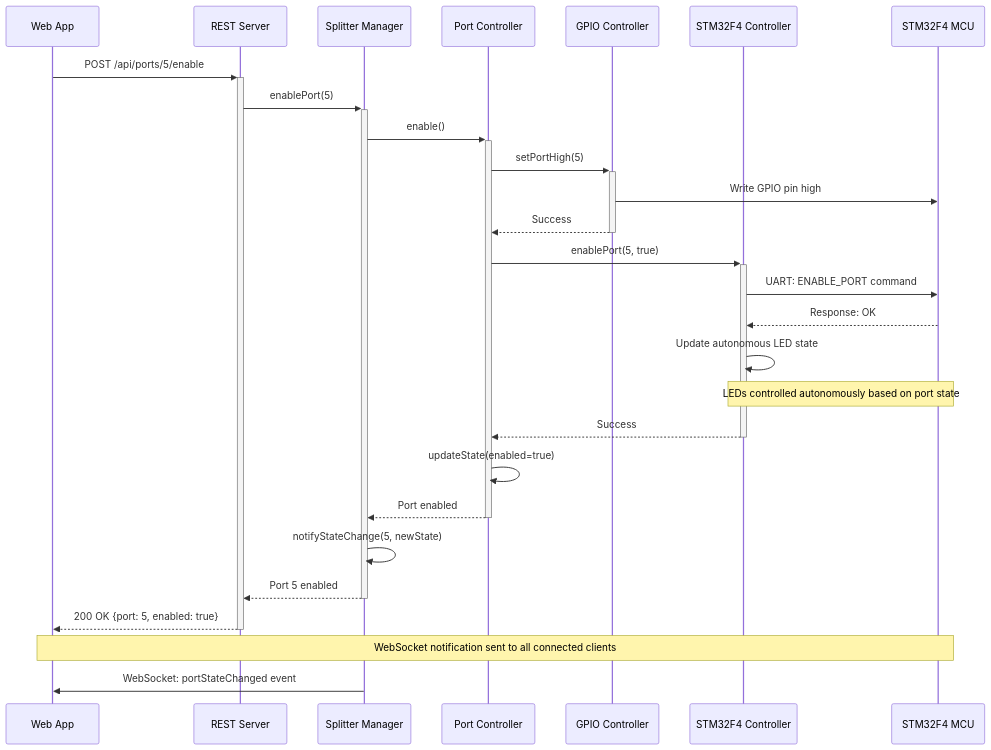
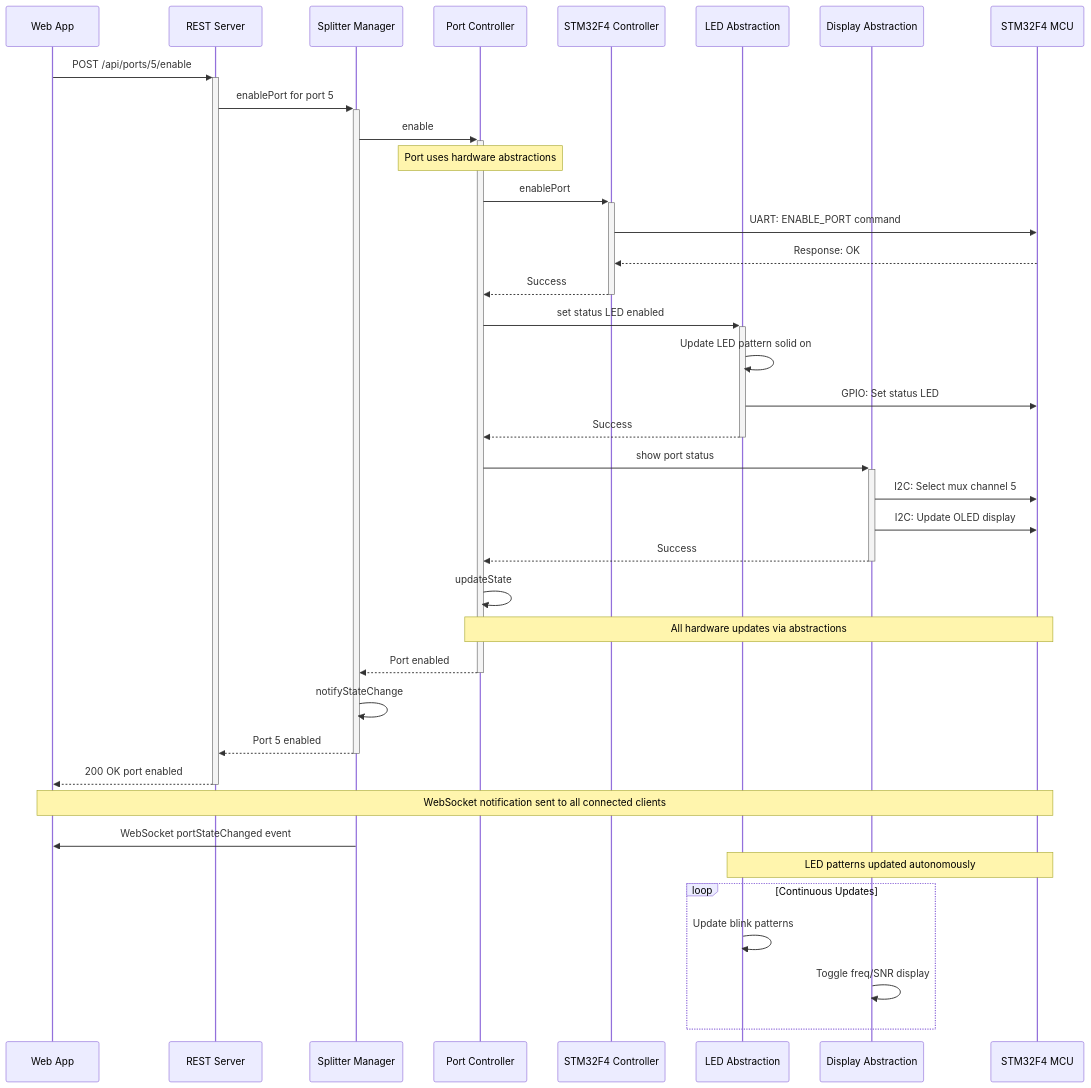
One commit to alandovskis/lband-splitter changed the fourth of 5 diagrams in README.md. Above: the diagram before and after it, drawn with Mermaid. The commit also changed other lines of this file and 10 other files, not shown here.

First line of the commit message:
Introduce display and LED abstractions in STM32F4 firmware

````diff
--- a/README.md
+++ b/README.md
@@ -174,36 +177,49 @@
 ```mermaid
 sequenceDiagram
     participant WebApp as Web App
     participant REST as REST Server
     participant Manager as Splitter Manager
     participant Port as Port Controller
-    participant GPIO as GPIO Controller
     participant STM32 as STM32F4 Controller
+    participant LED as LED Abstraction
+    participant Display as Display Abstraction
     participant Hardware as STM32F4 MCU
     
     WebApp->>+REST: POST /api/ports/5/enable
-    REST->>+Manager: enablePort(5)
-    Manager->>+Port: enable()
+    REST->>+Manager: enablePort for port 5
+    Manager->>+Port: enable
     
-    Port->>+GPIO: setPortHigh(5)
-    GPIO->>Hardware: Write GPIO pin high
-    GPIO-->>-Port: Success
-    
-    Port->>+STM32: enablePort(5, true)
+    Note over Port: Port uses hardware abstractions
+    Port->>+STM32: enablePort
     STM32->>Hardware: UART: ENABLE_PORT command
     Hardware-->>STM32: Response: OK
-    STM32->>STM32: Update autonomous LED state
-    Note over STM32,Hardware: LEDs controlled autonomously based on port state
     STM32-->>-Port: Success
     
-    Port->>Port: updateState(enabled=true)
+    Port->>+LED: set status LED enabled
+    LED->>LED: Update LED pattern solid on
+    LED->>Hardware: GPIO: Set status LED
+    LED-->>-Port: Success
+    
+    Port->>+Display: show port status
+    Display->>Hardware: I2C: Select mux channel 5
+    Display->>Hardware: I2C: Update OLED display
+    Display-->>-Port: Success
+    
+    Port->>Port: updateState
+    Note over Port,Hardware: All hardware updates via abstractions
     Port-->>-Manager: Port enabled
     
-    Manager->>Manager: notifyStateChange(5, newState)
+    Manager->>Manager: notifyStateChange
     Manager-->>-REST: Port 5 enabled
     
-    REST-->>-WebApp: 200 OK {port: 5, enabled: true}
+    REST-->>-WebApp: 200 OK port enabled
     
     Note over WebApp,Hardware: WebSocket notification sent to all connected clients
-    Manager->>WebApp: WebSocket: portStateChanged event
+    Manager->>WebApp: WebSocket portStateChanged event
+    
+    Note over LED,Hardware: LED patterns updated autonomously
+    loop Continuous Updates
+        LED->>LED: Update blink patterns
+        Display->>Display: Toggle freq/SNR display
+    end
 ```
````
